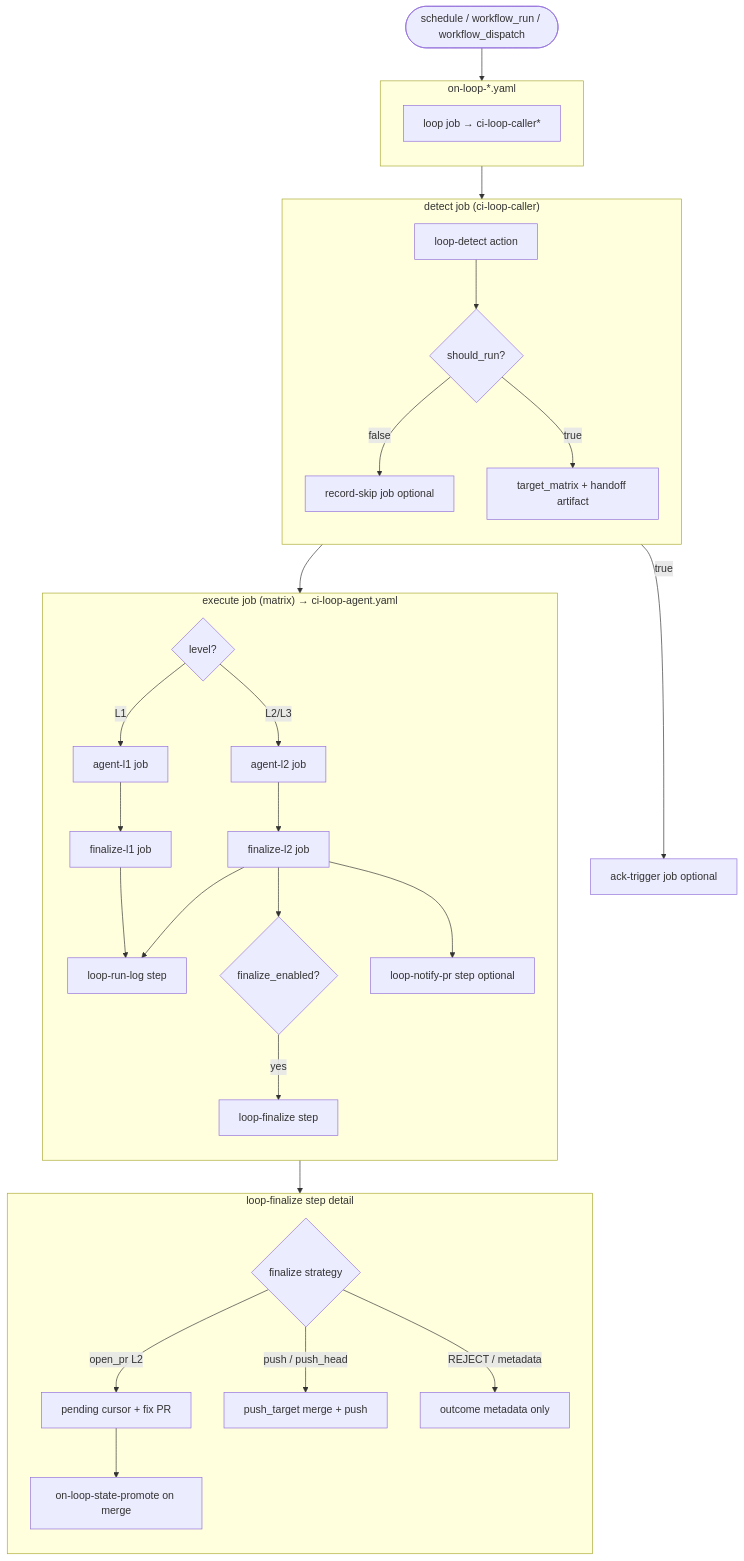
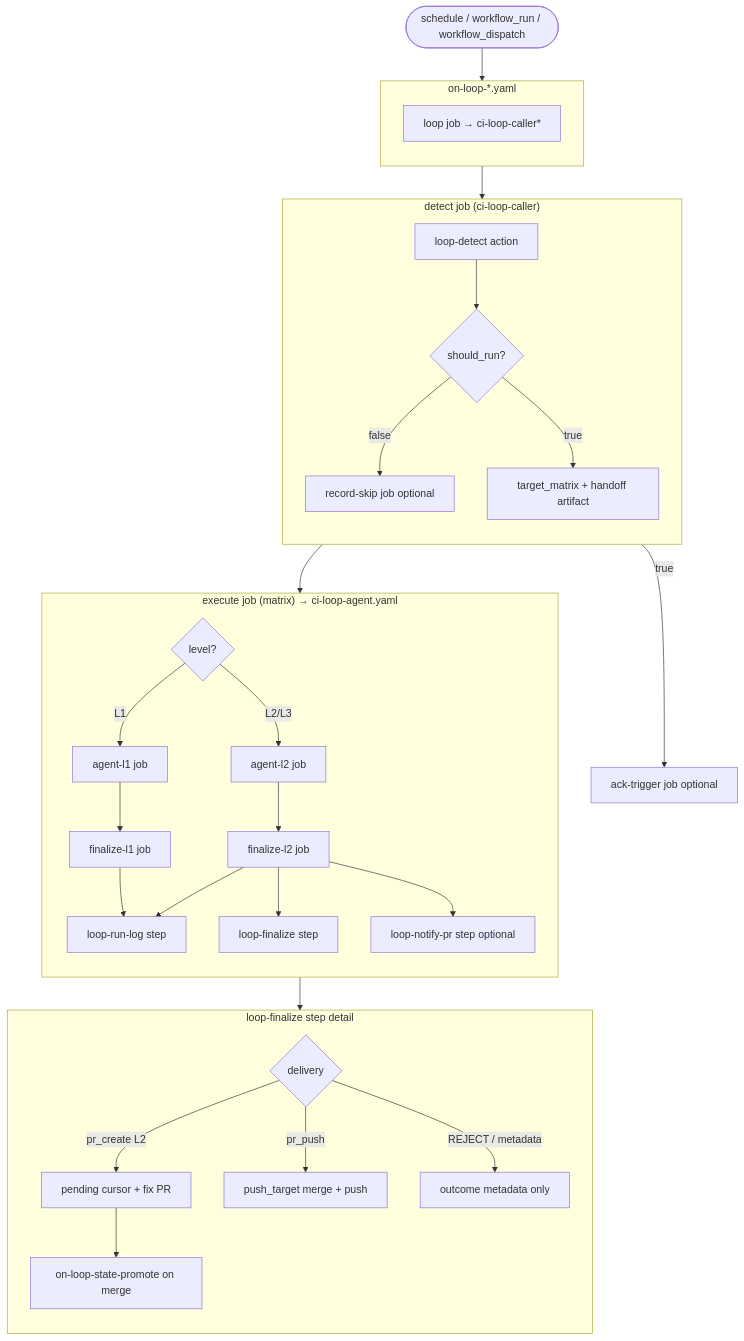
Before and after one commit to y-miyazaki/config: the first of 3 diagrams in docs/explanation/loop-engineering/loop-engineering-design.md, drawn with Mermaid. The commit also changed other lines of this file and 24 other files, not shown here.

````diff
--- a/docs/explanation/loop-engineering/loop-engineering-design.md
+++ b/docs/explanation/loop-engineering/loop-engineering-design.md
@@ -221,44 +221,43 @@
 ```mermaid
 flowchart TD
     trigger([schedule / workflow_run / workflow_dispatch]) --> caller
 
     subgraph caller["on-loop-*.yaml"]
         direction TB
         C1[loop job → ci-loop-caller*]
     end
 
     C1 --> detect
 
     subgraph detect["detect job (ci-loop-caller)"]
         direction TB
         D1[loop-detect action] --> D2{should_run?}
         D2 -->|false| D_SKIP[record-skip job optional]
         D2 -->|true| D3[target_matrix + handoff artifact]
     end
 
     D2 -->|true| ACK[ack-trigger job optional]
     D3 --> EXEC_RW
 
     subgraph EXEC_RW["execute job (matrix) → ci-loop-agent.yaml"]
         direction TB
         LEVEL{level?}
         LEVEL -->|L1| A_L1[agent-l1 job]
         A_L1 --> F_L1[finalize-l1 job]
         LEVEL -->|L2/L3| A_L2[agent-l2 job]
         A_L2 --> F_L2[finalize-l2 job]
         F_L1 --> F_LOG[loop-run-log step]
         F_L2 --> F_LOG
-        F_L2 --> F_LAND{finalize_enabled?}
-        F_LAND -->|yes| F_FIN[loop-finalize step]
+        F_L2 --> F_FIN[loop-finalize step]
         F_L2 --> F_NOTIFY[loop-notify-pr step optional]
     end
 
     subgraph finalize_inside["loop-finalize step detail"]
         direction TB
-        F_FIN --> F_STRAT{finalize strategy}
-        F_STRAT -->|open_pr L2| F_PENDING[pending cursor + fix PR]
-        F_STRAT -->|push / push_head| F_PUSH[push_target merge + push]
+        F_FIN --> F_STRAT{delivery}
+        F_STRAT -->|pr_create L2| F_PENDING[pending cursor + fix PR]
+        F_STRAT -->|pr_push| F_PUSH[push_target merge + push]
         F_STRAT -->|REJECT / metadata| F_META[outcome metadata only]
         F_PENDING --> F_PROMOTE[on-loop-state-promote on merge]
     end
 ```
````
